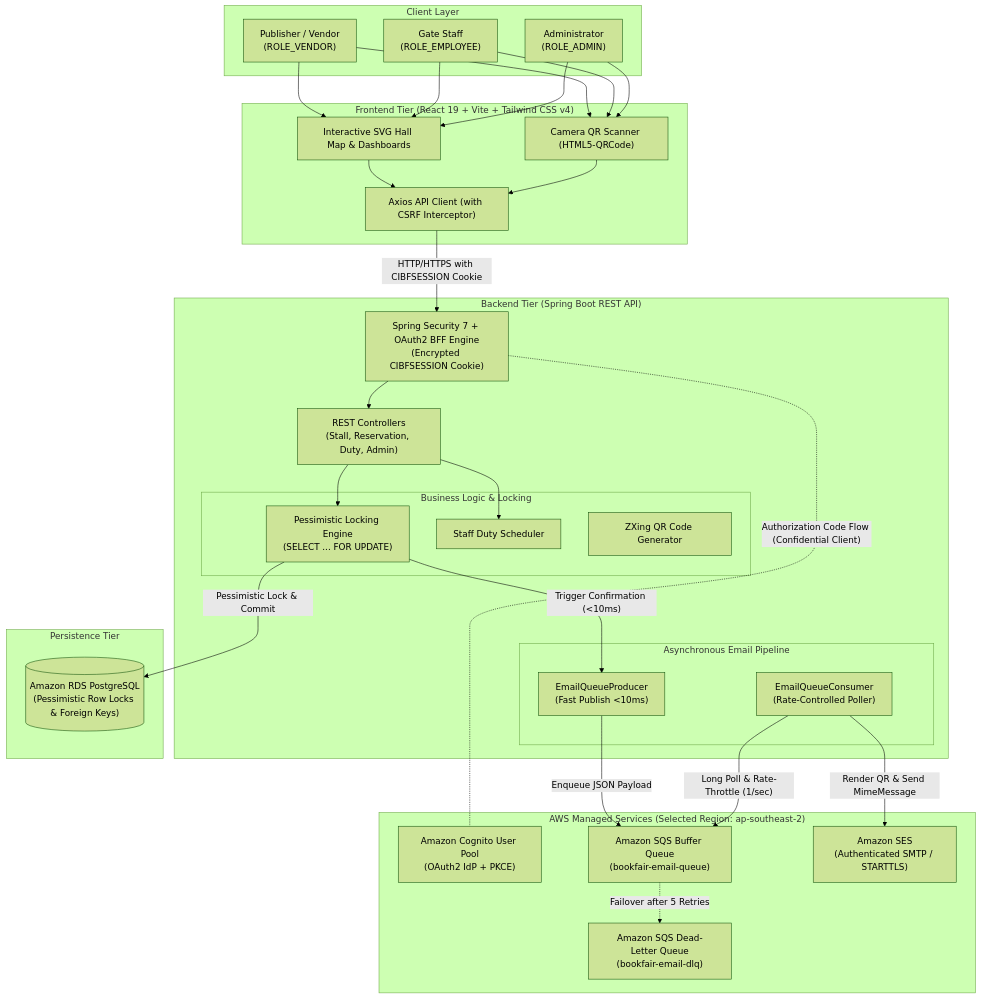
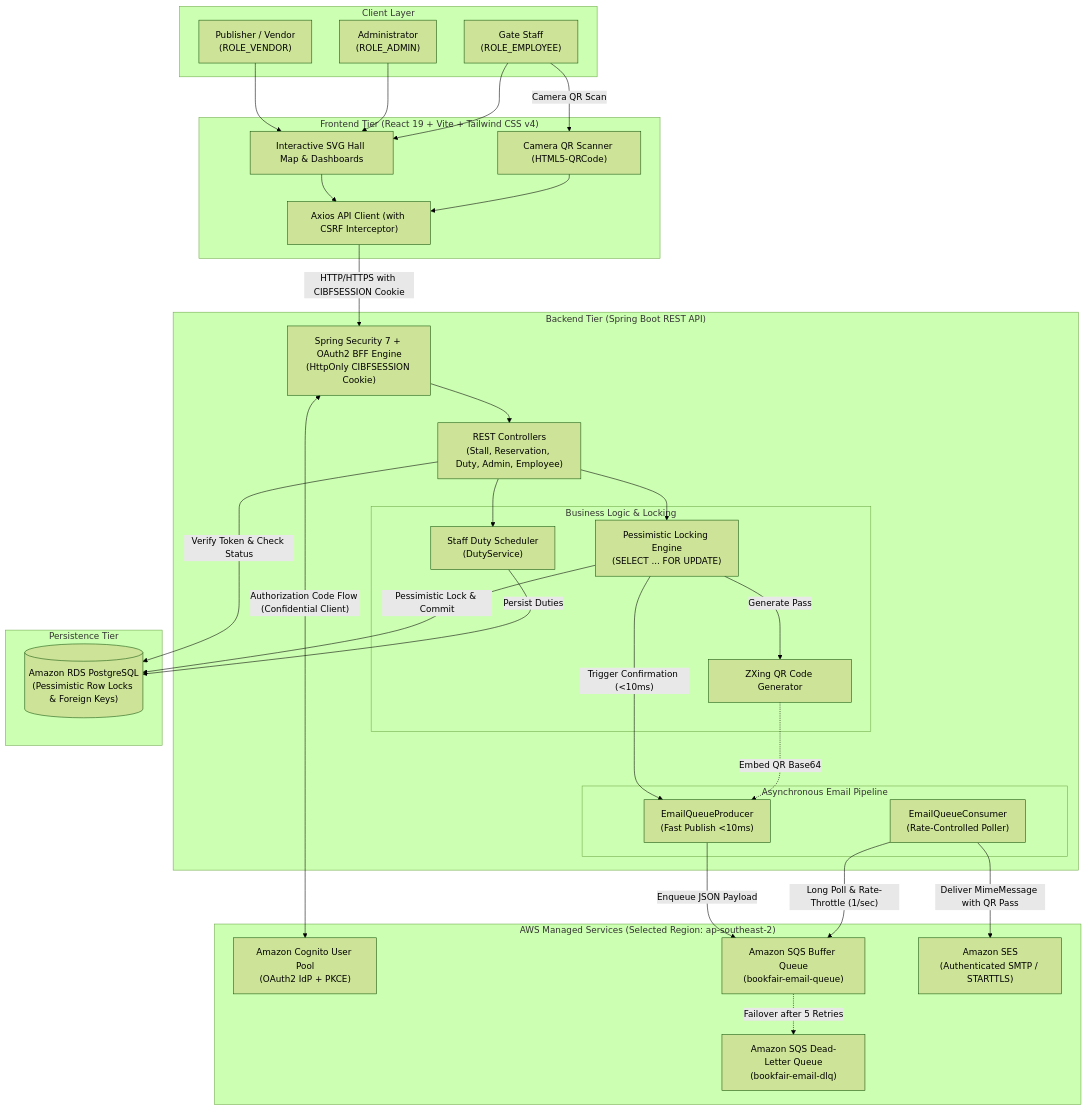
One commit to BGYKanishka/architecture_project changed the first of 4 diagrams in README.md. Above: the diagram before and after it, drawn with Mermaid (forest theme). The commit also changed other lines of this file and 2 other files, not shown here.

Commit message:
docs: update architecture diagrams, database schema, and AWS deployment script for production readiness

````diff
--- a/README.md
+++ b/README.md
@@ -11,54 +11,60 @@
 ```mermaid
 flowchart TD
     subgraph Clients ["Client Layer"]
         Vendor["Publisher / Vendor\n(ROLE_VENDOR)"]
         Staff["Gate Staff\n(ROLE_EMPLOYEE)"]
         Admin["Administrator\n(ROLE_ADMIN)"]
     end
 
     subgraph Frontend ["Frontend Tier (React 19 + Vite + Tailwind CSS v4)"]
         UI["Interactive SVG Hall Map & Dashboards"]
         Scanner["Camera QR Scanner (HTML5-QRCode)"]
         ClientService["Axios API Client (with CSRF Interceptor)"]
     end
 
     subgraph Backend ["Backend Tier (Spring Boot REST API)"]
-        Security["Spring Security 7 + OAuth2 BFF Engine\n(Encrypted CIBFSESSION Cookie)"]
-        Controllers["REST Controllers\n(Stall, Reservation, Duty, Admin)"]
+        Security["Spring Security 7 + OAuth2 BFF Engine\n(HttpOnly CIBFSESSION Cookie)"]
+        Controllers["REST Controllers\n(Stall, Reservation, Duty, Admin, Employee)"]
         
         subgraph CoreLogic ["Business Logic & Locking"]
             LockEngine["Pessimistic Locking Engine\n(SELECT ... FOR UPDATE)"]
-            DutyManager["Staff Duty Scheduler"]
+            DutyManager["Staff Duty Scheduler\n(DutyService)"]
             QRGen["ZXing QR Code Generator"]
         end
 
         subgraph AsyncQueue ["Asynchronous Email Pipeline"]
             SQSProducer["EmailQueueProducer\n(Fast Publish <10ms)"]
             SQSConsumer["EmailQueueConsumer\n(Rate-Controlled Poller)"]
         end
     end
 
     subgraph Persistence ["Persistence Tier"]
         Postgres[("Amazon RDS PostgreSQL\n(Pessimistic Row Locks & Foreign Keys)")]
     end
 
     subgraph AWSCloud ["AWS Managed Services (Selected Region: ap-southeast-2)"]
         Cognito["Amazon Cognito User Pool\n(OAuth2 IdP + PKCE)"]
         SQS["Amazon SQS Buffer Queue\n(bookfair-email-queue)"]
         DLQ["Amazon SQS Dead-Letter Queue\n(bookfair-email-dlq)"]
         SES["Amazon SES\n(Authenticated SMTP / STARTTLS)"]
     end
 
-    Vendor & Staff & Admin --> UI & Scanner
+    Vendor & Admin --> UI
+    Staff --> UI
+    Staff -->|"Camera QR Scan"| Scanner
     UI & Scanner --> ClientService
     ClientService -->|"HTTP/HTTPS with CIBFSESSION Cookie"| Security
-    Security -.-|"Authorization Code Flow (Confidential Client)"| Cognito
+    Security <-->|"Authorization Code Flow (Confidential Client)"| Cognito
     Security --> Controllers
     Controllers --> LockEngine & DutyManager
+    Controllers -->|"Verify Token & Check Status"| Postgres
     LockEngine -->|"Pessimistic Lock & Commit"| Postgres
+    DutyManager -->|"Persist Duties"| Postgres
+    LockEngine -->|"Generate Pass"| QRGen
     LockEngine -->|"Trigger Confirmation (<10ms)"| SQSProducer
+    QRGen -.->|"Embed QR Base64"| SQSProducer
     SQSProducer -->|"Enqueue JSON Payload"| SQS
     SQS -.->|"Failover after 5 Retries"| DLQ
     SQSConsumer -->|"Long Poll & Rate-Throttle (1/sec)"| SQS
-    SQSConsumer -->|"Render QR & Send MimeMessage"| SES
+    SQSConsumer -->|"Deliver MimeMessage with QR Pass"| SES
 ```
````
